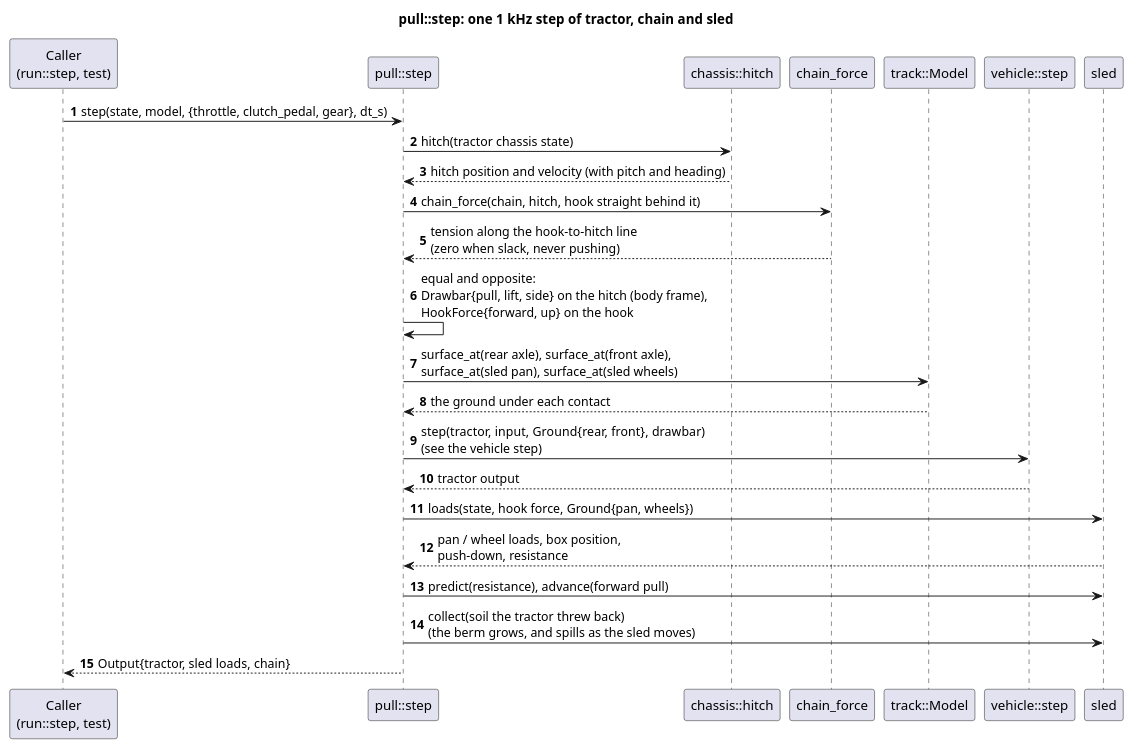
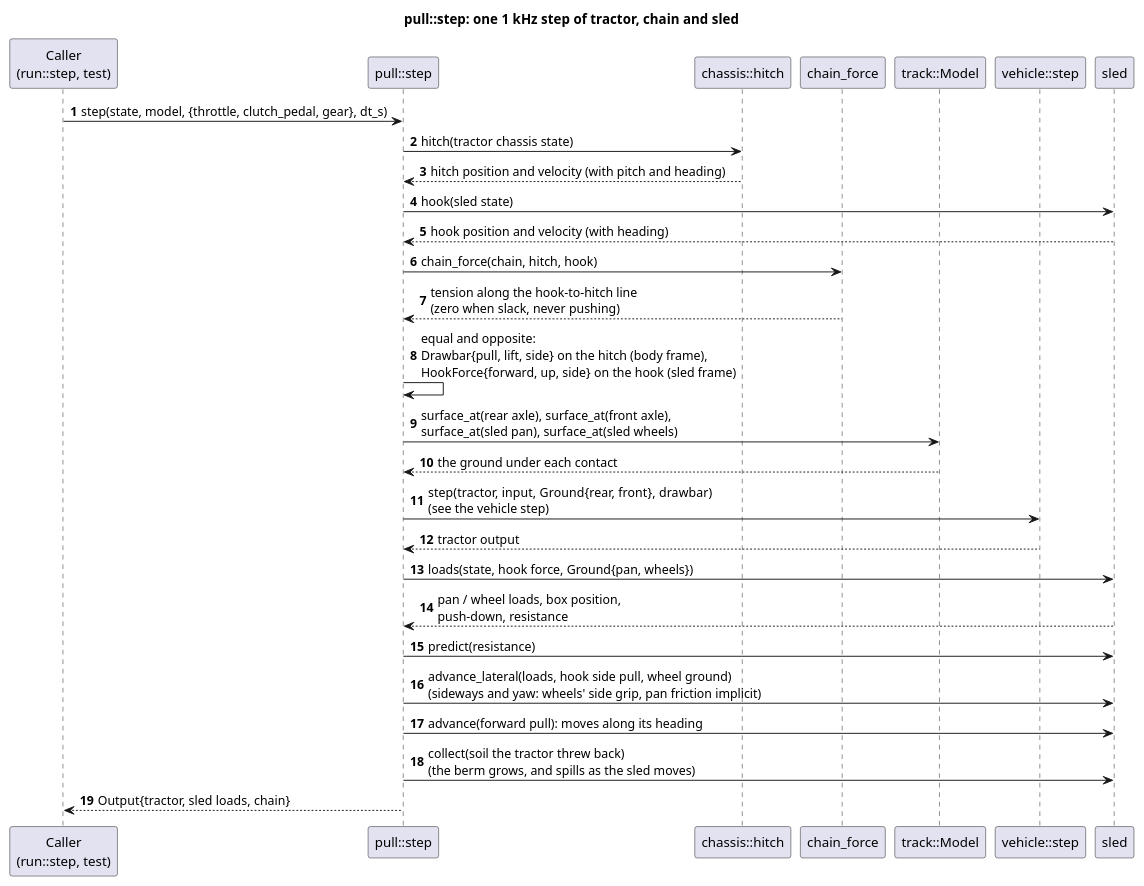
The diagram in docs/diagrams/pull_step_sequence.puml (wversteeg/TractorPulling), drawn with PlantUML before and after one commit. The commit also changed 51 other files, not shown here.

```diff
--- a/docs/diagrams/pull_step_sequence.puml
+++ b/docs/diagrams/pull_step_sequence.puml
@@ -1,27 +1,31 @@
 @startuml pull_step_sequence
 title pull::step: one 1 kHz step of tractor, chain and sled
 autonumber
 participant "Caller\n(run::step, test)" as Caller
 participant "pull::step" as Step
 participant "chassis::hitch" as Hitch
 participant "chain_force" as Chain
 participant "track::Model" as Track
 participant "vehicle::step" as Vehicle
 participant "sled" as Sled
 
 Caller -> Step : step(state, model, {throttle, clutch_pedal, gear}, dt_s)
 Step -> Hitch : hitch(tractor chassis state)
 Hitch --> Step : hitch position and velocity (with pitch and heading)
-Step -> Chain : chain_force(chain, hitch, hook straight behind it)
+Step -> Sled : hook(sled state)
+Sled --> Step : hook position and velocity (with heading)
+Step -> Chain : chain_force(chain, hitch, hook)
 Chain --> Step : tension along the hook-to-hitch line\n(zero when slack, never pushing)
-Step -> Step : equal and opposite:\nDrawbar{pull, lift, side} on the hitch (body frame),\nHookForce{forward, up} on the hook
+Step -> Step : equal and opposite:\nDrawbar{pull, lift, side} on the hitch (body frame),\nHookForce{forward, up, side} on the hook (sled frame)
 Step -> Track : surface_at(rear axle), surface_at(front axle),\nsurface_at(sled pan), surface_at(sled wheels)
 Track --> Step : the ground under each contact
 Step -> Vehicle : step(tractor, input, Ground{rear, front}, drawbar)\n(see the vehicle step)
 Vehicle --> Step : tractor output
 Step -> Sled : loads(state, hook force, Ground{pan, wheels})
 Sled --> Step : pan / wheel loads, box position,\npush-down, resistance
-Step -> Sled : predict(resistance), advance(forward pull)
+Step -> Sled : predict(resistance)
+Step -> Sled : advance_lateral(loads, hook side pull, wheel ground)\n(sideways and yaw: wheels' side grip, pan friction implicit)
+Step -> Sled : advance(forward pull): moves along its heading
 Step -> Sled : collect(soil the tractor threw back)\n(the berm grows, and spills as the sled moves)
 Step --> Caller : Output{tractor, sled loads, chain}
 @enduml
```
